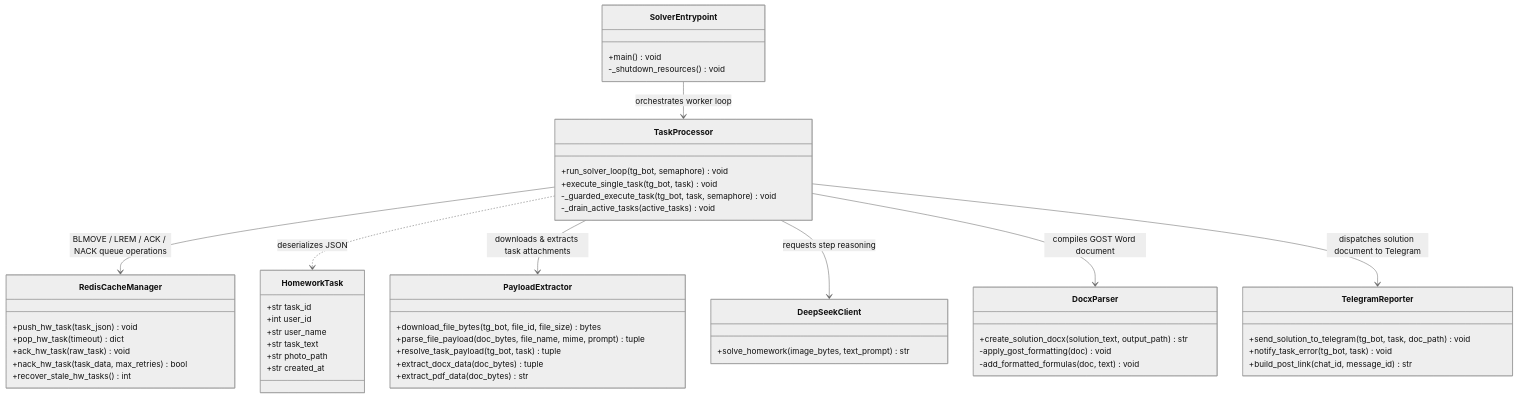
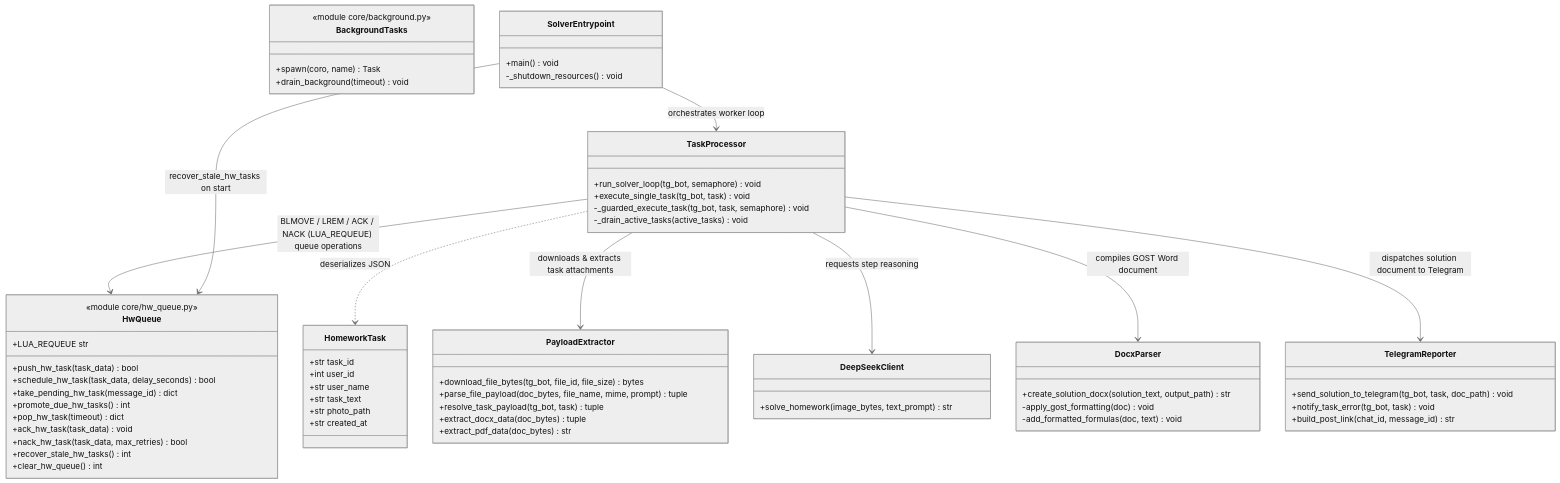
One commit to Utkautka1/para changed the sixth of 55 diagrams in docs/UML.md. Above: the diagram before and after it, drawn with Mermaid (neutral theme). The commit also changed other lines of this file and 117 other files, not shown here.

Commit message:
docs: generator uses docstrings, accurate subsystem labels; regenerate docs, OpenAPI and UML

````diff
--- a/docs/UML.md
+++ b/docs/UML.md
@@ -629,65 +622,78 @@
 ```mermaid
 classDiagram
     direction TB
 
     class HomeworkTask {
         +str task_id
         +int user_id
         +str user_name
         +str task_text
         +str photo_path
         +str created_at
     }
 
-    class RedisCacheManager {
-        +push_hw_task(task_json) void
+    class HwQueue {
+        <<module core/hw_queue.py>>
+        +push_hw_task(task_data) bool
+        +schedule_hw_task(task_data, delay_seconds) bool
+        +take_pending_hw_task(message_id) dict
+        +promote_due_hw_tasks() int
         +pop_hw_task(timeout) dict
-        +ack_hw_task(raw_task) void
+        +ack_hw_task(task_data) void
         +nack_hw_task(task_data, max_retries) bool
         +recover_stale_hw_tasks() int
+        +clear_hw_queue() int
+        +LUA_REQUEUE str
+    }
+
+    class BackgroundTasks {
+        <<module core/background.py>>
+        +spawn(coro, name) Task
+        +drain_background(timeout) void
     }
 
     class SolverEntrypoint {
         +main() void
         -_shutdown_resources() void
     }
 
     class TaskProcessor {
         +run_solver_loop(tg_bot, semaphore) void
         +execute_single_task(tg_bot, task) void
         -_guarded_execute_task(tg_bot, task, semaphore) void
         -_drain_active_tasks(active_tasks) void
     }
 
     class PayloadExtractor {
         +download_file_bytes(tg_bot, file_id, file_size) bytes
         +parse_file_payload(doc_bytes, file_name, mime, prompt) tuple
         +resolve_task_payload(tg_bot, task) tuple
         +extract_docx_data(doc_bytes) tuple
         +extract_pdf_data(doc_bytes) str
     }
 
     class TelegramReporter {
         +send_solution_to_telegram(tg_bot, task, doc_path) void
         +notify_task_error(tg_bot, task) void
         +build_post_link(chat_id, message_id) str
     }
 
     class DocxParser {
         +create_solution_docx(solution_text, output_path) str
         -apply_gost_formatting(doc) void
         -add_formatted_formulas(doc, text) void
     }
 
     class DeepSeekClient {
         +solve_homework(image_bytes, text_prompt) str
     }
 
     SolverEntrypoint --> TaskProcessor : orchestrates worker loop
-    TaskProcessor --> RedisCacheManager : BLMOVE / LREM / ACK / NACK queue operations
+    TaskProcessor --> HwQueue : BLMOVE / LREM / ACK / NACK (LUA_REQUEUE) queue operations
+    SolverEntrypoint --> HwQueue : recover_stale_hw_tasks on start
     TaskProcessor ..> HomeworkTask : deserializes JSON
     TaskProcessor --> PayloadExtractor : downloads & extracts task attachments
     TaskProcessor --> DeepSeekClient : requests step reasoning
     TaskProcessor --> DocxParser : compiles GOST Word document
     TaskProcessor --> TelegramReporter : dispatches solution document to Telegram
 ```
````
